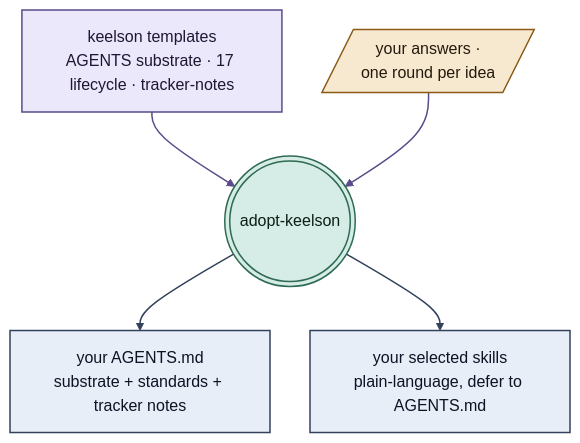
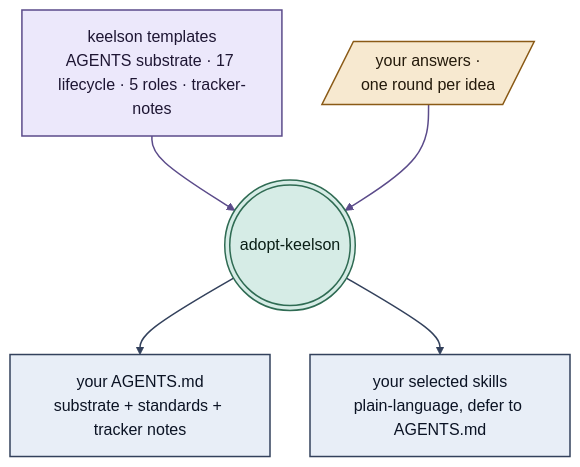
One commit to innovestrum/keelson changed the third of 7 diagrams in README.md. Above: the diagram before and after it, drawn with Mermaid (neutral theme). The commit also changed other lines of this file and 18 other files, not shown here.

First line of the commit message:
feat: add the delegate-roles layer and make the lifecycle actor-neutral (#10)

````diff
--- a/README.md
+++ b/README.md
@@ -86,20 +86,20 @@
 ```mermaid
 %%{init: {"flowchart": {"diagramPadding": 22, "nodeSpacing": 40, "rankSpacing": 44}}}%%
 flowchart TD
-  T[keelson templates<br/>AGENTS substrate · 17 lifecycle · tracker-notes]
+  T[keelson templates<br/>AGENTS substrate · 17 lifecycle · 5 roles · tracker-notes]
   A[/your answers ·<br/>one round per idea/]
   T --> E(((adopt-keelson)))
   A --> E
   E --> G[your AGENTS.md<br/>substrate + standards + tracker notes]
   E --> L[your selected skills<br/>plain-language, defer to AGENTS.md]
   classDef tmpl fill:#ece8fb,stroke:#5b4b8a,color:#1e1633,stroke-width:1.5px;
   classDef ans fill:#f7e9d0,stroke:#8a5a16,color:#241a0b,stroke-width:1.5px;
   classDef act fill:#d6ece6,stroke:#2f6b53,color:#0b1f16,stroke-width:1.5px;
   classDef out fill:#e8eef7,stroke:#33415c,color:#0b1324,stroke-width:1.5px;
   class T tmpl;
   class A ans;
   class E act;
   class G,L out;
   linkStyle 0,1 stroke:#5b4b8a,stroke-width:1.5px;
   linkStyle 2,3 stroke:#33415c,stroke-width:1.5px;
 ```
````
